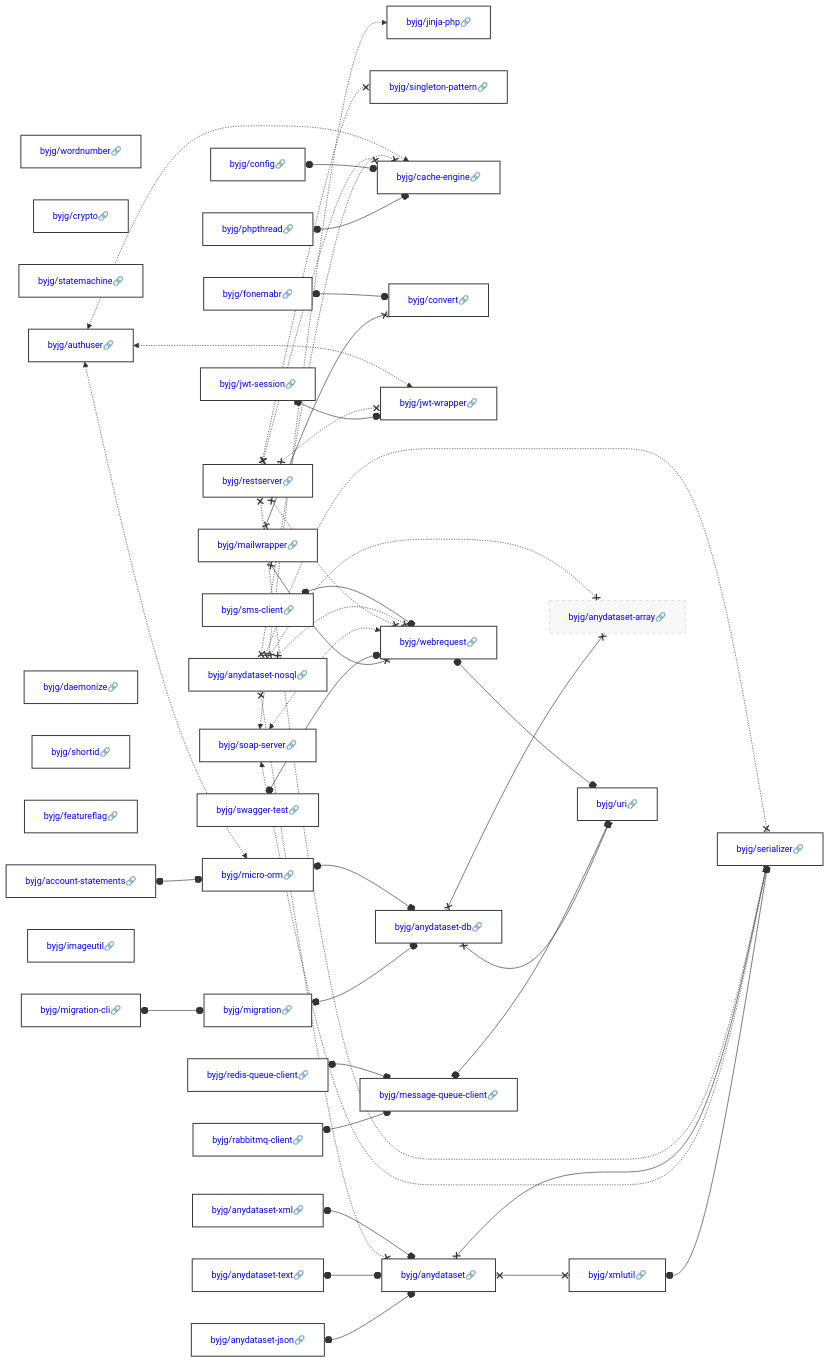
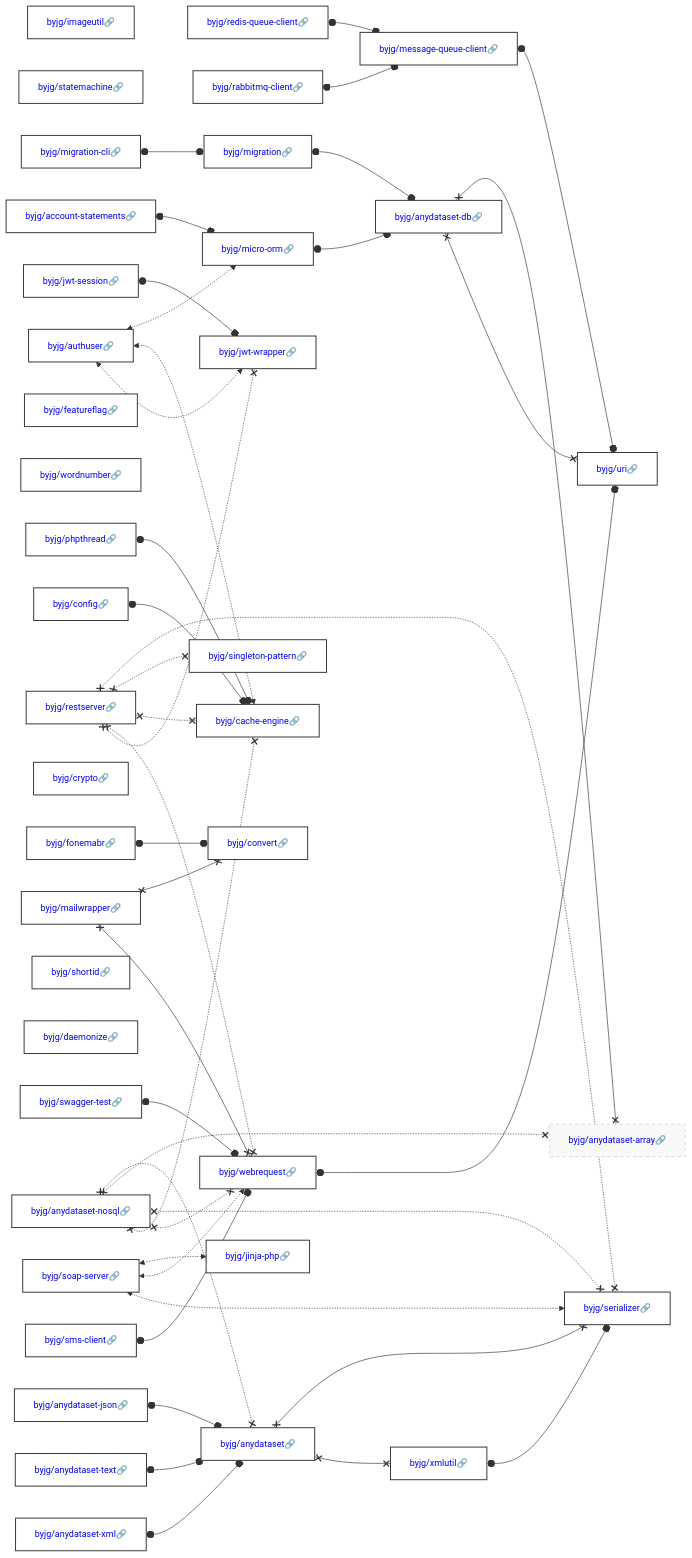
Before and after one commit to byjg/byjg.github.io: the diagram in docs/php/README.md, drawn with Mermaid. The commit also changed other lines of this file and 8 other files, not shown here.

Commit message:
Update documentation 'php' 'php-message-queue-client'

````diff
--- a/docs/php/README.md
+++ b/docs/php/README.md
@@ -3,45 +3,45 @@
 ```mermaid
 graph LR;
+  byjg/imageutil[<a href='https://opensource.byjg.com/docs/php/imageutil' style='text-decoration:none'>byjg/imageutil🔗</a>];
+  byjg/statemachine[<a href='https://opensource.byjg.com/docs/php/statemachine' style='text-decoration:none'>byjg/statemachine🔗</a>];
+  byjg/account-statements[<a href='https://opensource.byjg.com/docs/php/account-statements' style='text-decoration:none'>byjg/account-statements🔗</a>];
+  byjg/phpthread[<a href='https://opensource.byjg.com/docs/php/phpthread' style='text-decoration:none'>byjg/phpthread🔗</a>];
+  byjg/mailwrapper[<a href='https://opensource.byjg.com/docs/php/mailwrapper' style='text-decoration:none'>byjg/mailwrapper🔗</a>];
+  byjg/sms-client[<a href='https://opensource.byjg.com/docs/php/sms-client' style='text-decoration:none'>byjg/sms-client🔗</a>];
+  byjg/featureflag[<a href='https://opensource.byjg.com/docs/php/featureflag' style='text-decoration:none'>byjg/featureflag🔗</a>];
+  byjg/redis-queue-client[<a href='https://opensource.byjg.com/docs/php/redis-queue-client' style='text-decoration:none'>byjg/redis-queue-client🔗</a>];
+  byjg/rabbitmq-client[<a href='https://opensource.byjg.com/docs/php/rabbitmq-client' style='text-decoration:none'>byjg/rabbitmq-client🔗</a>];
+  byjg/wordnumber[<a href='https://opensource.byjg.com/docs/php/wordnumber' style='text-decoration:none'>byjg/wordnumber🔗</a>];
+  byjg/anydataset-text[<a href='https://opensource.byjg.com/docs/php/anydataset-text' style='text-decoration:none'>byjg/anydataset-text🔗</a>];
+  byjg/authuser[<a href='https://opensource.byjg.com/docs/php/authuser' style='text-decoration:none'>byjg/authuser🔗</a>];
+  byjg/restserver[<a href='https://opensource.byjg.com/docs/php/restserver' style='text-decoration:none'>byjg/restserver🔗</a>];
+  byjg/crypto[<a href='https://opensource.byjg.com/docs/php/crypto' style='text-decoration:none'>byjg/crypto🔗</a>];
+  byjg/anydataset-json[<a href='https://opensource.byjg.com/docs/php/anydataset-json' style='text-decoration:none'>byjg/anydataset-json🔗</a>];
+  byjg/config[<a href='https://opensource.byjg.com/docs/php/config' style='text-decoration:none'>byjg/config🔗</a>];
+  byjg/shortid[<a href='https://opensource.byjg.com/docs/php/shortid' style='text-decoration:none'>byjg/shortid🔗</a>];
+  byjg/daemonize[<a href='https://opensource.byjg.com/docs/php/daemonize' style='text-decoration:none'>byjg/daemonize🔗</a>];
   byjg/anydataset-xml[<a href='https://opensource.byjg.com/docs/php/anydataset-xml' style='text-decoration:none'>byjg/anydataset-xml🔗</a>];
-  byjg/wordnumber[<a href='https://opensource.byjg.com/docs/php/wordnumber' style='text-decoration:none'>byjg/wordnumber🔗</a>];
-  byjg/mailwrapper[<a href='https://opensource.byjg.com/docs/php/mailwrapper' style='text-decoration:none'>byjg/mailwrapper🔗</a>];
-  byjg/soap-server[<a href='https://opensource.byjg.com/docs/php/soap-server' style='text-decoration:none'>byjg/soap-server🔗</a>];
-  byjg/crypto[<a href='https://opensource.byjg.com/docs/php/crypto' style='text-decoration:none'>byjg/crypto🔗</a>];
-  byjg/statemachine[<a href='https://opensource.byjg.com/docs/php/statemachine' style='text-decoration:none'>byjg/statemachine🔗</a>];
-  byjg/phpthread[<a href='https://opensource.byjg.com/docs/php/phpthread' style='text-decoration:none'>byjg/phpthread🔗</a>];
-  byjg/anydataset-text[<a href='https://opensource.byjg.com/docs/php/anydataset-text' style='text-decoration:none'>byjg/anydataset-text🔗</a>];
-  byjg/config[<a href='https://opensource.byjg.com/docs/php/config' style='text-decoration:none'>byjg/config🔗</a>];
-  byjg/authuser[<a href='https://opensource.byjg.com/docs/php/authuser' style='text-decoration:none'>byjg/authuser🔗</a>];
-  byjg/daemonize[<a href='https://opensource.byjg.com/docs/php/daemonize' style='text-decoration:none'>byjg/daemonize🔗</a>];
-  byjg/restserver[<a href='https://opensource.byjg.com/docs/php/restserver' style='text-decoration:none'>byjg/restserver🔗</a>];
-  byjg/anydataset-nosql[<a href='https://opensource.byjg.com/docs/php/anydataset-nosql' style='text-decoration:none'>byjg/anydataset-nosql🔗</a>];
-  byjg/shortid[<a href='https://opensource.byjg.com/docs/php/shortid' style='text-decoration:none'>byjg/shortid🔗</a>];
-  byjg/featureflag[<a href='https://opensource.byjg.com/docs/php/featureflag' style='text-decoration:none'>byjg/featureflag🔗</a>];
-  byjg/fonemabr[<a href='https://opensource.byjg.com/docs/php/fonemabr' style='text-decoration:none'>byjg/fonemabr🔗</a>];
   byjg/swagger-test[<a href='https://opensource.byjg.com/docs/php/swagger-test' style='text-decoration:none'>byjg/swagger-test🔗</a>];
   byjg/jwt-session[<a href='https://opensource.byjg.com/docs/php/jwt-session' style='text-decoration:none'>byjg/jwt-session🔗</a>];
-  byjg/redis-queue-client[<a href='https://opensource.byjg.com/docs/php/redis-queue-client' style='text-decoration:none'>byjg/redis-queue-client🔗</a>];
-  byjg/account-statements[<a href='https://opensource.byjg.com/docs/php/account-statements' style='text-decoration:none'>byjg/account-statements🔗</a>];
-  byjg/sms-client[<a href='https://opensource.byjg.com/docs/php/sms-client' style='text-decoration:none'>byjg/sms-client🔗</a>];
-  byjg/rabbitmq-client[<a href='https://opensource.byjg.com/docs/php/rabbitmq-client' style='text-decoration:none'>byjg/rabbitmq-client🔗</a>];
-  byjg/anydataset-json[<a href='https://opensource.byjg.com/docs/php/anydataset-json' style='text-decoration:none'>byjg/anydataset-json🔗</a>];
-  byjg/imageutil[<a href='https://opensource.byjg.com/docs/php/imageutil' style='text-decoration:none'>byjg/imageutil🔗</a>];
   byjg/migration-cli[<a href='https://opensource.byjg.com/docs/php/migration-cli' style='text-decoration:none'>byjg/migration-cli🔗</a>];
-  byjg/jinja-php[<a href='https://opensource.byjg.com/docs/php/jinja-php' style='text-decoration:none'>byjg/jinja-php🔗</a>];
+  byjg/anydataset-nosql[<a href='https://opensource.byjg.com/docs/php/anydataset-nosql' style='text-decoration:none'>byjg/anydataset-nosql🔗</a>];
+  byjg/fonemabr[<a href='https://opensource.byjg.com/docs/php/fonemabr' style='text-decoration:none'>byjg/fonemabr🔗</a>];
+  byjg/soap-server[<a href='https://opensource.byjg.com/docs/php/soap-server' style='text-decoration:none'>byjg/soap-server🔗</a>];
+  byjg/message-queue-client[<a href='https://opensource.byjg.com/docs/php/message-queue-client' style='text-decoration:none'>byjg/message-queue-client🔗</a>];
+  byjg/micro-orm[<a href='https://opensource.byjg.com/docs/php/micro-orm' style='text-decoration:none'>byjg/micro-orm🔗</a>];
   byjg/singleton-pattern[<a href='https://opensource.byjg.com/docs/php/singleton-pattern' style='text-decoration:none'>byjg/singleton-pattern🔗</a>];
+  byjg/jwt-wrapper[<a href='https://opensource.byjg.com/docs/php/jwt-wrapper' style='text-decoration:none'>byjg/jwt-wrapper🔗</a>];
+  byjg/migration[<a href='https://opensource.byjg.com/docs/php/migration' style='text-decoration:none'>byjg/migration🔗</a>];
+  byjg/anydataset[<a href='https://opensource.byjg.com/docs/php/anydataset' style='text-decoration:none'>byjg/anydataset🔗</a>];
   byjg/cache-engine[<a href='https://opensource.byjg.com/docs/php/cache-engine' style='text-decoration:none'>byjg/cache-engine🔗</a>];
   byjg/convert[<a href='https://opensource.byjg.com/docs/php/convert' style='text-decoration:none'>byjg/convert🔗</a>];
-  byjg/jwt-wrapper[<a href='https://opensource.byjg.com/docs/php/jwt-wrapper' style='text-decoration:none'>byjg/jwt-wrapper🔗</a>];
-  byjg/micro-orm[<a href='https://opensource.byjg.com/docs/php/micro-orm' style='text-decoration:none'>byjg/micro-orm🔗</a>];
+  byjg/jinja-php[<a href='https://opensource.byjg.com/docs/php/jinja-php' style='text-decoration:none'>byjg/jinja-php🔗</a>];
   byjg/webrequest[<a href='https://opensource.byjg.com/docs/php/webrequest' style='text-decoration:none'>byjg/webrequest🔗</a>];
-  byjg/message-queue-client[<a href='https://opensource.byjg.com/docs/php/message-queue-client' style='text-decoration:none'>byjg/message-queue-client🔗</a>];
-  byjg/anydataset[<a href='https://opensource.byjg.com/docs/php/anydataset' style='text-decoration:none'>byjg/anydataset🔗</a>];
-  byjg/migration[<a href='https://opensource.byjg.com/docs/php/migration' style='text-decoration:none'>byjg/migration🔗</a>];
+  byjg/anydataset-db[<a href='https://opensource.byjg.com/docs/php/anydataset-db' style='text-decoration:none'>byjg/anydataset-db🔗</a>];
   byjg/xmlutil[<a href='https://opensource.byjg.com/docs/php/xmlutil' style='text-decoration:none'>byjg/xmlutil🔗</a>];
-  byjg/anydataset-db[<a href='https://opensource.byjg.com/docs/php/anydataset-db' style='text-decoration:none'>byjg/anydataset-db🔗</a>];
-  byjg/serializer[<a href='https://opensource.byjg.com/docs/php/serializer' style='text-decoration:none'>byjg/serializer🔗</a>];
   byjg/anydataset-array[<a href='https://opensource.byjg.com/docs/php/anydataset-array' style='text-decoration:none'>byjg/anydataset-array🔗</a>];
   byjg/uri[<a href='https://opensource.byjg.com/docs/php/uri' style='text-decoration:none'>byjg/uri🔗</a>];
+  byjg/serializer[<a href='https://opensource.byjg.com/docs/php/serializer' style='text-decoration:none'>byjg/serializer🔗</a>];
   byjg/mailwrapper x--x byjg/convert;
   byjg/mailwrapper x--x byjg/webrequest;
   byjg/xmlutil o--o byjg/serializer;
````
